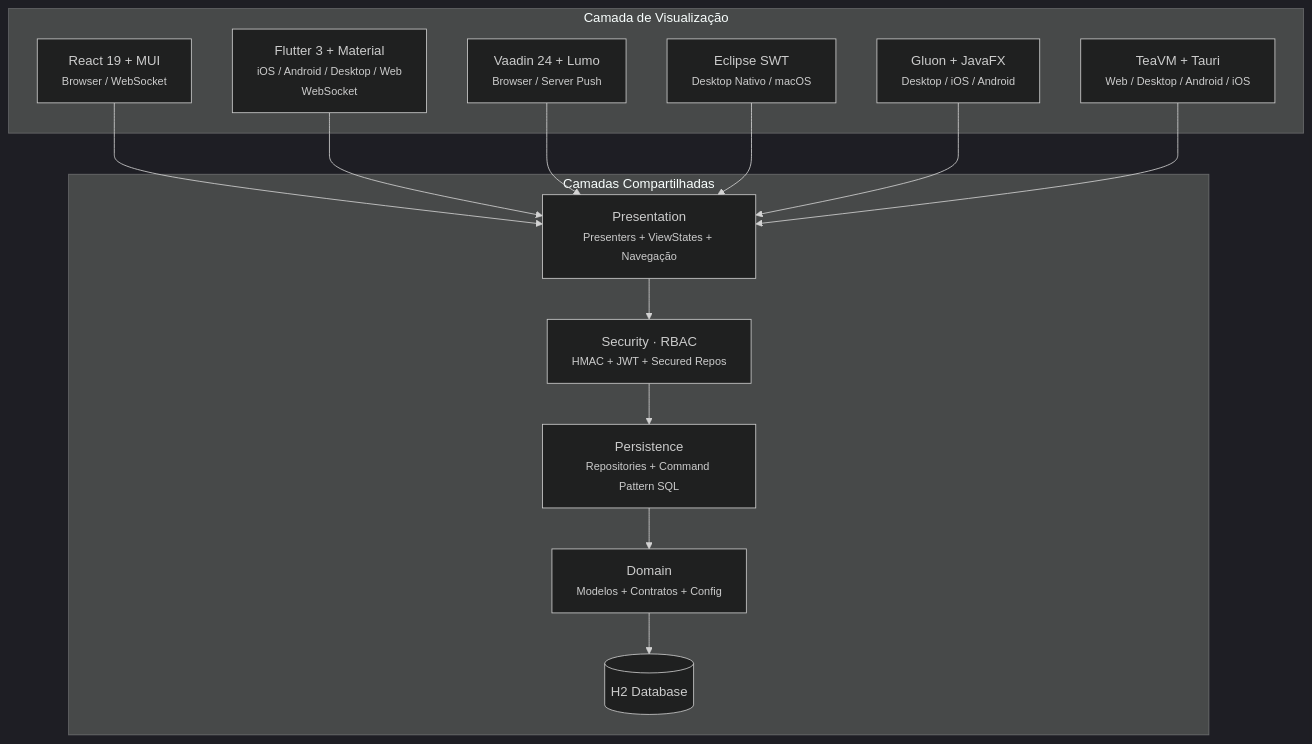
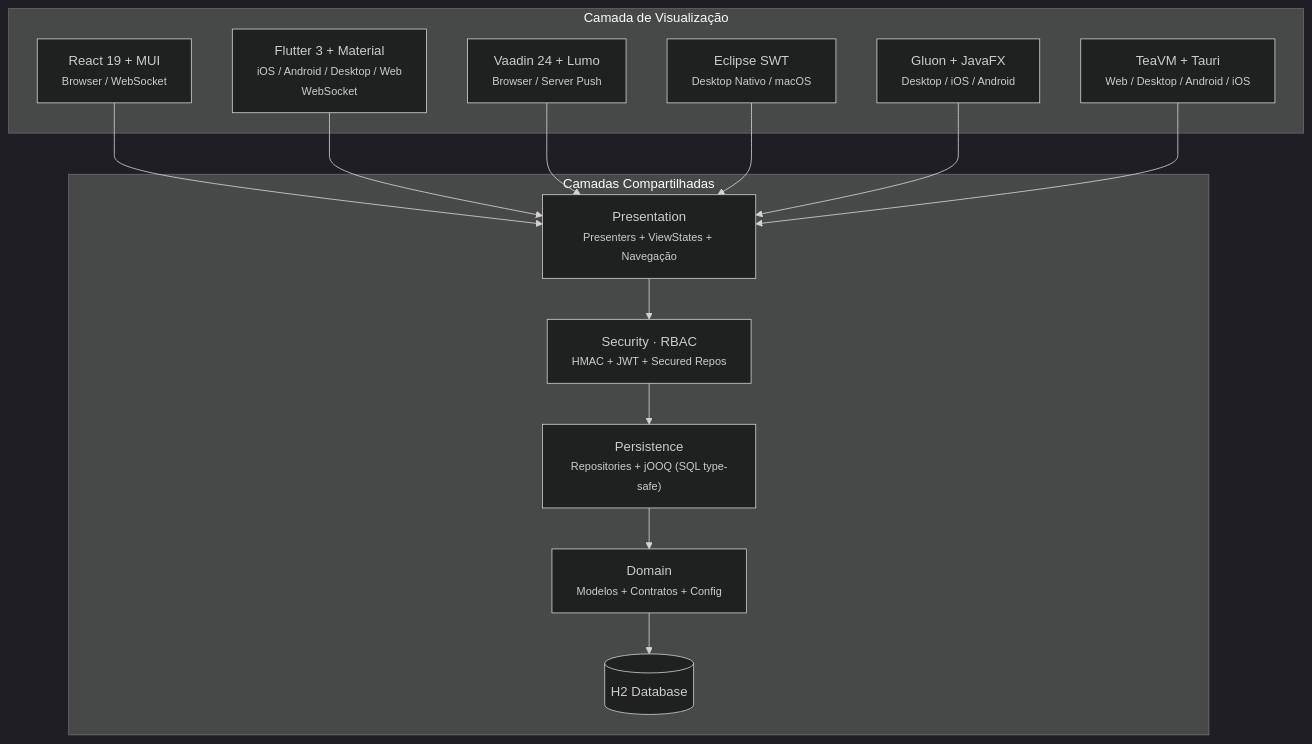
The first of 3 diagrams in README.md (mrcdom/wdc-cube-java-v2), drawn with Mermaid (dark theme) before and after one commit. The commit also changed other lines of this file and 1 other file, not shown here.

First line of the commit message:
📝 [DOCS] atualiza README e docs para refletir migração JDBI/Command Pattern → jOOQ

````diff
--- a/README.md
+++ b/README.md
@@ -12,27 +12,27 @@
 ```mermaid
 graph TD
     subgraph Views["Camada de Visualização"]
         R["React 19 + MUI<br/><small>Browser / WebSocket</small>"]
         FL["Flutter 3 + Material<br/><small>iOS / Android / Desktop / Web<br/>WebSocket</small>"]
         V["Vaadin 24 + Lumo<br/><small>Browser / Server Push</small>"]
         SW["Eclipse SWT<br/><small>Desktop Nativo / macOS</small>"]
         GLN["Gluon + JavaFX<br/><small>Desktop / iOS / Android</small>"]
         TVM["TeaVM + Tauri<br/><small>Web / Desktop / Android / iOS</small>"]
     end
 
     subgraph Core["Camadas Compartilhadas"]
         P["Presentation<br/><small>Presenters + ViewStates + Navegação</small>"]
         SEC["Security · RBAC<br/><small>HMAC + JWT + Secured Repos</small>"]
-        PER["Persistence<br/><small>Repositories + Command Pattern SQL</small>"]
+        PER["Persistence<br/><small>Repositories + jOOQ (SQL type-safe)</small>"]
         DOM["Domain<br/><small>Modelos + Contratos + Config</small>"]
         DB[("H2 Database")]
     end
 
     R --> P
     FL --> P
     V --> P
     SW --> P
     GLN --> P
     TVM --> P
     P --> SEC --> PER --> DOM --> DB
 ```
````
